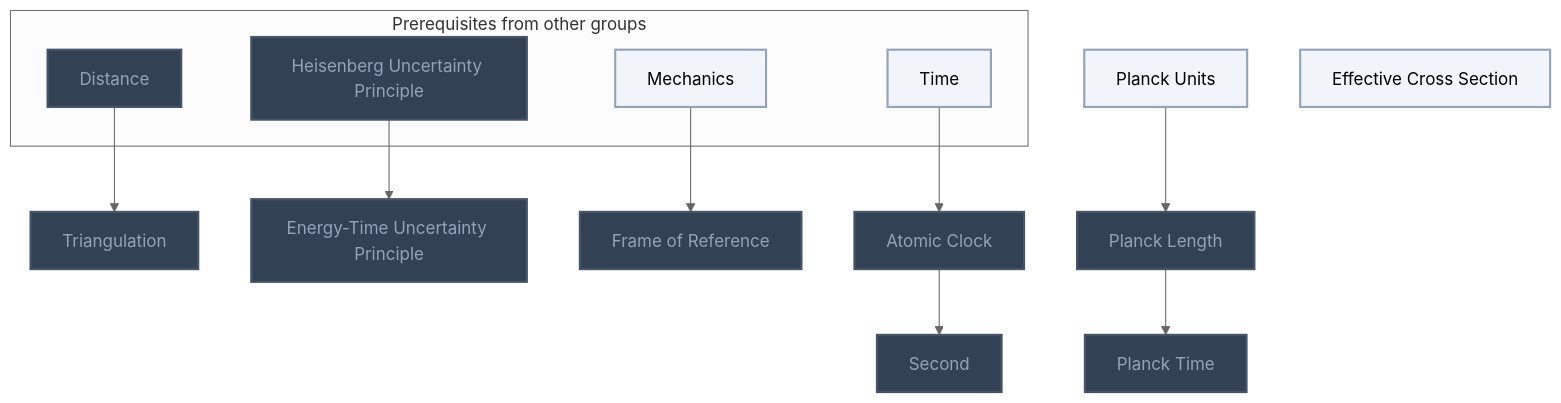
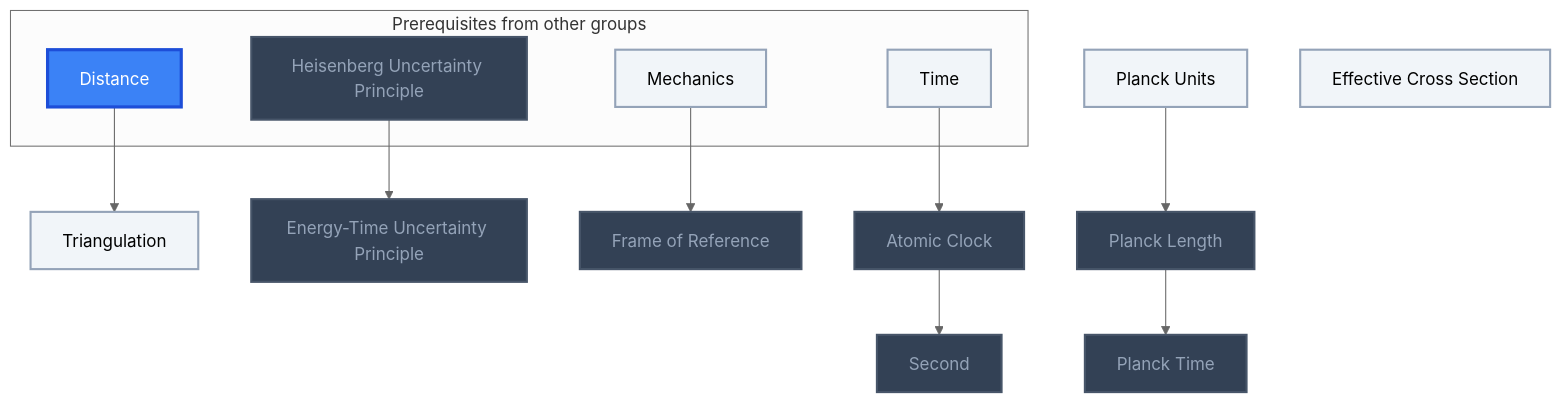
Before and after one commit to MRauf1/My-Notes: the fifth of 18 diagrams in Gamification/Skill Trees/Introduction to Physics.md, drawn with Mermaid (neutral theme). The commit also changed other lines of this file and 156 other files, not shown here.

````diff
--- a/Gamification/Skill Trees/Introduction to Physics.md
+++ b/Gamification/Skill Trees/Introduction to Physics.md
@@ -188,37 +188,38 @@
 ```mermaid
 flowchart TD
     classDef planned fill:#1E293B,stroke:#64748B,stroke-width:2px,stroke-dasharray:5 5,color:#94A3B8;
     classDef locked fill:#334155,stroke:#475569,stroke-width:2px,color:#94A3B8;
     classDef L0 fill:#F1F5F9,stroke:#94A3B8,stroke-width:2px,color:#000000;
     classDef L1 fill:#22C55E,stroke:#15803D,stroke-width:2px,color:#000000;
     classDef L2 fill:#3B82F6,stroke:#1D4ED8,stroke-width:3px,color:#FFFFFF;
     classDef L3 fill:#A855F7,stroke:#6B21A8,stroke-width:3px,color:#FFFFFF,font-weight:bold;
     classDef L4 fill:#F97316,stroke:#C2410C,stroke-width:4px,color:#000000,font-weight:bold;
     classDef L5 fill:#FFD700,stroke:#FF8C00,stroke-width:5px,color:#000000,font-weight:bold;
     classDef rusty stroke:#8B4513,stroke-width:4px,stroke-dasharray:3 3;
     subgraph sg_prereqs["Prerequisites from other groups"]
         n_distance["Distance"]
         n_heisenberg_uncertainty_principle["Heisenberg Uncertainty Principle"]
         n_mechanics["Mechanics"]
         n_time["Time"]
     end
     n_frame_of_reference["Frame of Reference"]
     n_planck_units["Planck Units"]
     n_effective_cross_section["Effective Cross Section"]
     n_triangulation["Triangulation"]
     n_planck_length["Planck Length"]
     n_atomic_clock["Atomic Clock"]
     n_second["Second"]
     n_planck_time["Planck Time"]
     n_energy_time_uncertainty_principle["Energy-Time Uncertainty Principle"]
     n_atomic_clock --> n_second
     n_distance --> n_triangulation
     n_heisenberg_uncertainty_principle --> n_energy_time_uncertainty_principle
     n_mechanics --> n_frame_of_reference
     n_planck_length --> n_planck_time
     n_planck_units --> n_planck_length
     n_time --> n_atomic_clock
-    class n_distance,n_heisenberg_uncertainty_principle,n_frame_of_reference,n_triangulation,n_planck_length,n_atomic_clock,n_second,n_planck_time,n_energy_time_uncertainty_principle locked;
-    class n_mechanics,n_time,n_planck_units,n_effective_cross_section L0;
+    class n_heisenberg_uncertainty_principle,n_frame_of_reference,n_planck_length,n_atomic_clock,n_second,n_planck_time,n_energy_time_uncertainty_principle locked;
+    class n_mechanics,n_time,n_planck_units,n_effective_cross_section,n_triangulation L0;
+    class n_distance L2;
     class n_distance,n_heisenberg_uncertainty_principle,n_mechanics,n_time,n_frame_of_reference,n_planck_units,n_effective_cross_section,n_triangulation,n_planck_length,n_atomic_clock,n_second,n_planck_time,n_energy_time_uncertainty_principle internal-link;
 ```
````
